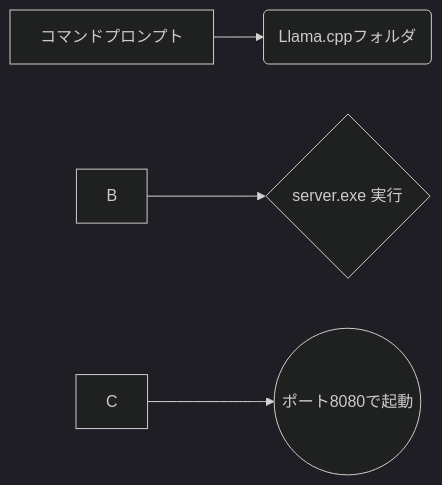
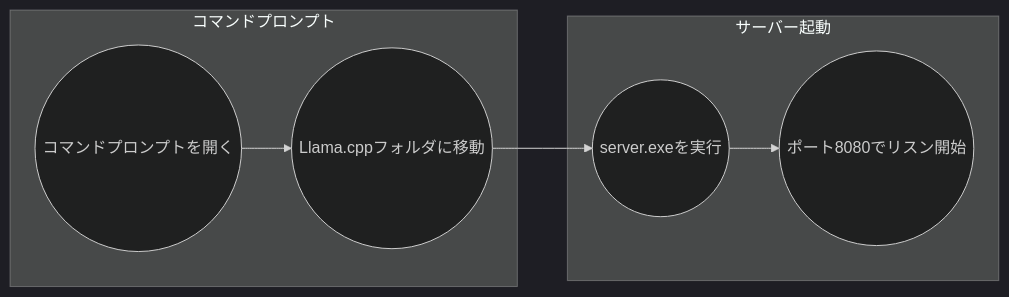
Before and after one commit to SparklingDetergent/doc_genai_Run_local_LLM_with_Llama.cpp_and_Phi-3_mini: the third of 4 diagrams in README.md, drawn with Mermaid (dark theme). The commit also changed other lines of this file, not shown here.

````diff
--- a/README.md
+++ b/README.md
@@ -54,6 +56,12 @@
 ```mermaid
 graph LR
-    A[コマンドプロンプト] --> +B(Llama.cppフォルダ)
-    B --> +C{server.exe 実行}
-    C --> D((ポート8080で起動))
+    subgraph コマンドプロンプト
+        A((コマンドプロンプトを開く)) --> B((Llama.cppフォルダに移動))
+    end
+
+    subgraph サーバー起動
+        B --> C((server.exeを実行))
+        C --> D((ポート8080でリスン開始))
+    end
+
 ```
````
